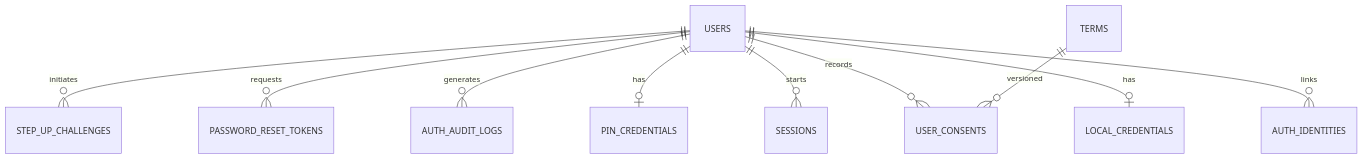
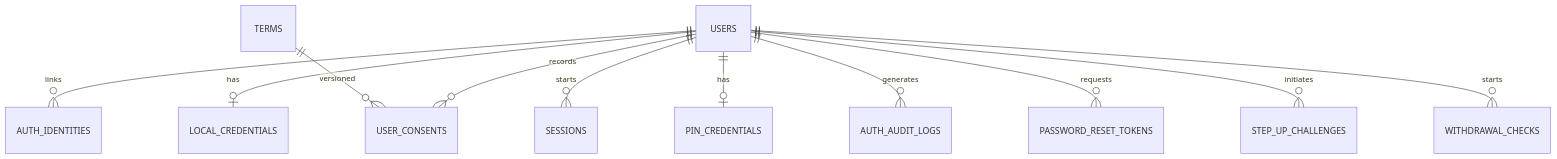
One commit to yellowgreenbean/midproject_ai_agent changed the fourth of 8 diagrams in docs/회원_계좌기능_기획서.md. Above: the diagram before and after it, drawn with Mermaid. The commit also changed other lines of this file and 2 other files, not shown here.

````diff
--- a/docs/회원_계좌기능_기획서.md
+++ b/docs/회원_계좌기능_기획서.md
@@ -540,12 +622,13 @@
 ```mermaid
 erDiagram
     USERS ||--o{ AUTH_IDENTITIES : links
     USERS ||--o| LOCAL_CREDENTIALS : has
     USERS ||--o{ SESSIONS : starts
     USERS ||--o{ USER_CONSENTS : records
     TERMS ||--o{ USER_CONSENTS : versioned
     USERS ||--o| PIN_CREDENTIALS : has
     USERS ||--o{ AUTH_AUDIT_LOGS : generates
     USERS ||--o{ PASSWORD_RESET_TOKENS : requests
     USERS ||--o{ STEP_UP_CHALLENGES : initiates
+    USERS ||--o{ WITHDRAWAL_CHECKS : starts
 ```
````
